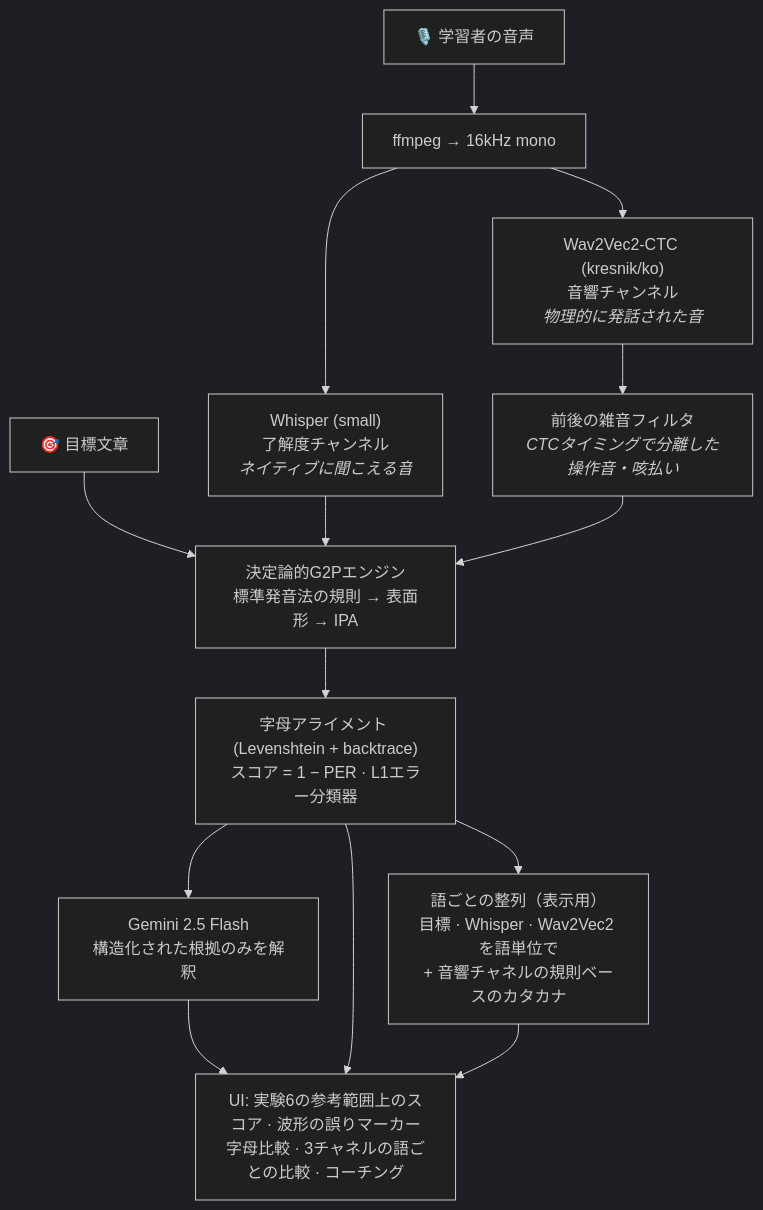
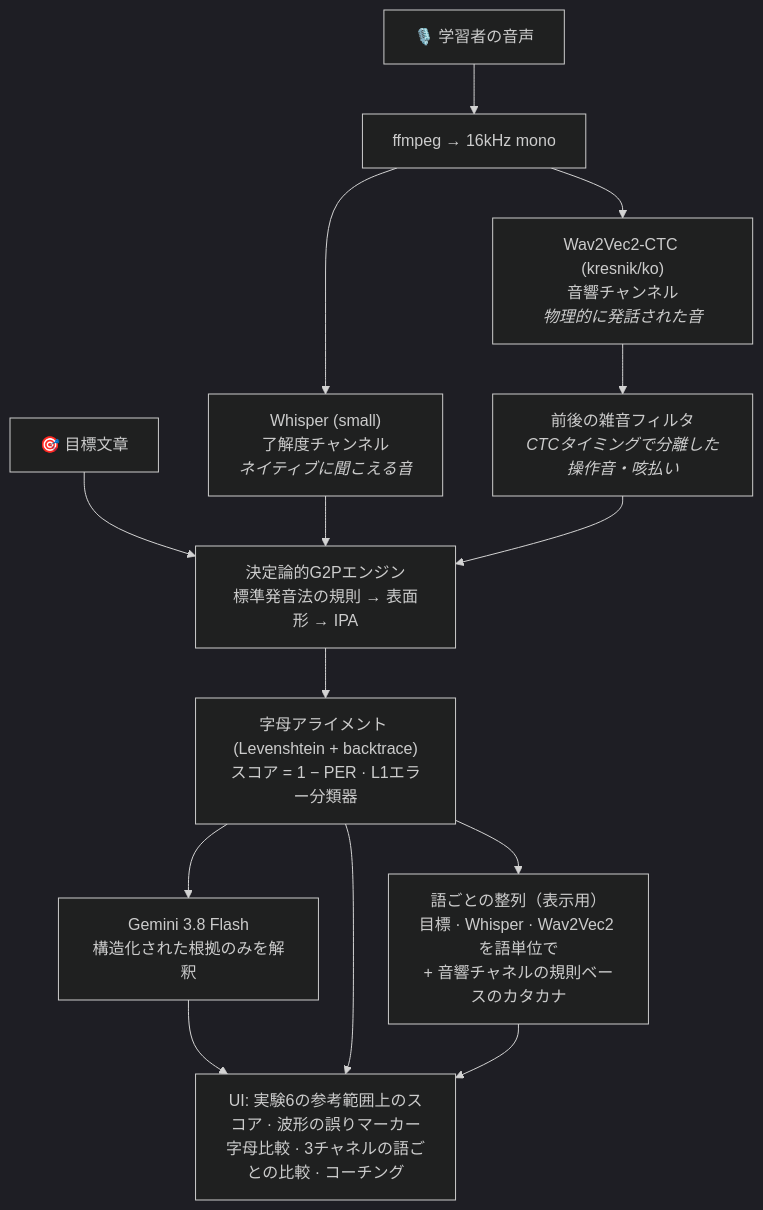
One commit to fairyofdata/PhonemeJP2KR changed the diagram in README_jp.md. Above: the diagram before and after it, drawn with Mermaid (dark theme). The commit also changed other lines of this file and 7 other files, not shown here.

````diff
--- a/README_jp.md
+++ b/README_jp.md
@@ -39,16 +39,16 @@
 ```mermaid
 flowchart TD
     A[🎙️ 学習者の音声] --> B[ffmpeg → 16kHz mono]
     B --> C["Whisper (small)<br/>了解度チャンネル<br/><i>ネイティブに聞こえる音</i>"]
     B --> D["Wav2Vec2-CTC (kresnik/ko)<br/>音響チャンネル<br/><i>物理的に発話された音</i>"]
     T[🎯 目標文章] --> G
     C --> G["決定論的G2Pエンジン<br/>標準発音法の規則 → 表面形 → IPA"]
     D --> N["前後の雑音フィルタ<br/><i>CTCタイミングで分離した操作音・咳払い</i>"]
     N --> G
     G --> S["字母アライメント (Levenshtein + backtrace)<br/>スコア = 1 − PER · L1エラー分類器"]
     S --> W["語ごとの整列（表示用）<br/>目標 · Whisper · Wav2Vec2 を語単位で<br/>+ 音響チャネルの規則ベースのカタカナ"]
-    S --> L["Gemini 2.5 Flash<br/>構造化された根拠のみを解釈"]
+    S --> L["Gemini 3.8 Flash<br/>構造化された根拠のみを解釈"]
     L --> U["UI: 実験6の参考範囲上のスコア · 波形の誤りマーカー<br/>字母比較 · 3チャネルの語ごとの比較 · コーチング"]
     S --> U
     W --> U
 ```
````
